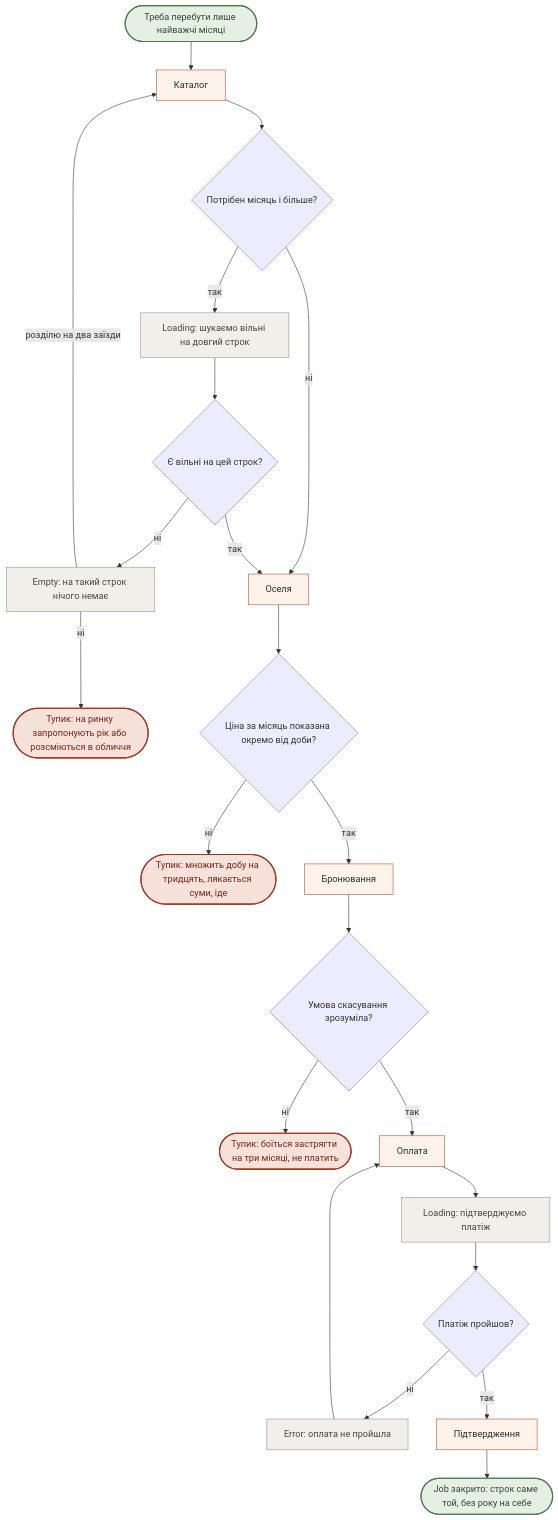
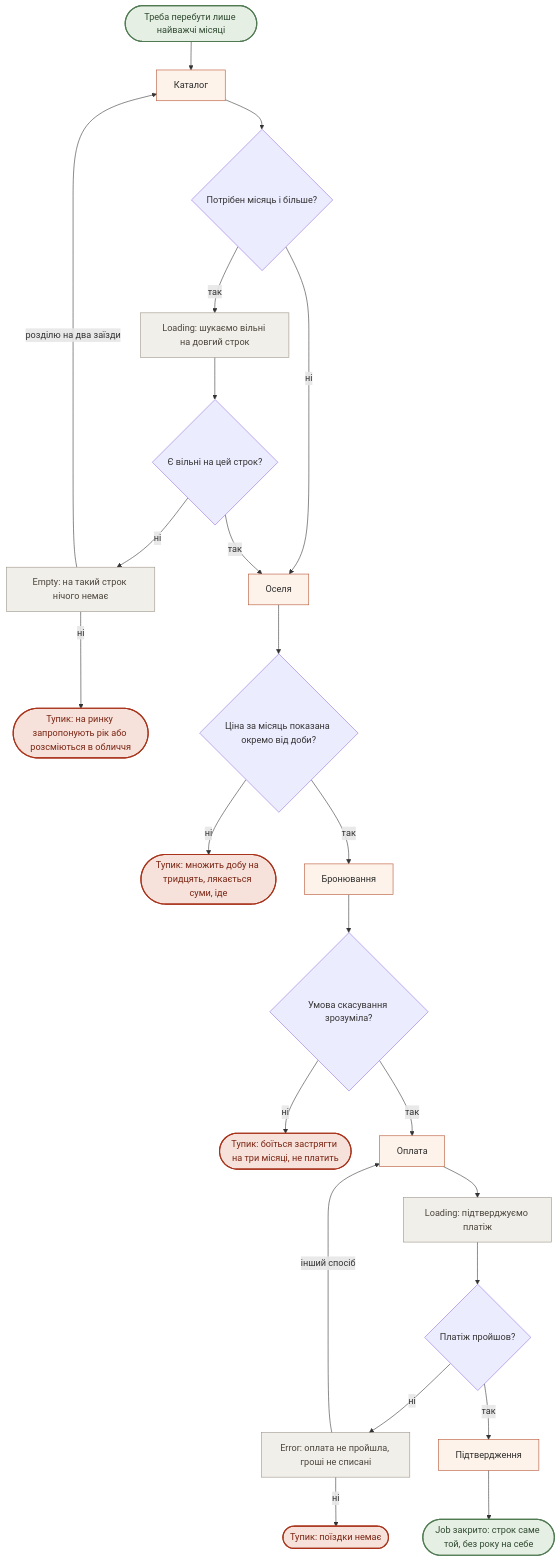
Before and after one commit to sofiya5395870-sys/khata-v-seli: the third of 5 diagrams in ia/flows.md, drawn with Mermaid. The commit also changed other lines of this file and 4 other files, not shown here.

````diff
--- a/ia/flows.md
+++ b/ia/flows.md
@@ -155,37 +170,38 @@
 ```mermaid
 flowchart TD
     Start([Треба перебути лише найважчі місяці]) --> Cat[Каталог]
     Cat --> Long{Потрібен місяць і більше?}
     Long -->|ні| House[Оселя]
     Long -->|так| Load["Loading: шукаємо вільні на довгий строк"]
 
     Load --> Has{Є вільні на цей строк?}
     Has -->|ні| Empty["Empty: на такий строк нічого немає"]
     Empty -->|розділю на два заїзди| Cat
     Empty -->|ні| DeadYear(["Тупик: на ринку запропонують рік або розсміються в обличчя"])
     Has -->|так| House
 
     House --> Month{Ціна за місяць показана окремо від доби?}
     Month -->|ні| DeadMath(["Тупик: множить добу на тридцять, лякається суми, іде"])
     Month -->|так| Book[Бронювання]
 
     Book --> Cancel{Умова скасування зрозуміла?}
     Cancel -->|ні| DeadStuck(["Тупик: боїться застрягти на три місяці, не платить"])
     Cancel -->|так| Pay[Оплата]
 
     Pay --> Wait["Loading: підтверджуємо платіж"]
     Wait --> Paid{Платіж пройшов?}
-    Paid -->|ні| Err["Error: оплата не пройшла"]
-    Err --> Pay
+    Paid -->|ні| Err["Error: оплата не пройшла, гроші не списані"]
+    Err -->|інший спосіб| Pay
+    Err -->|ні| DeadPay(["Тупик: поїздки немає"])
     Paid -->|так| Conf[Підтвердження]
     Conf --> Win(["Job закрито: строк саме той, без року на себе"])
 
     classDef screen fill:#fdf3ea,stroke:#b5502e,color:#2b2b2b
     classDef state fill:#f1efe9,stroke:#9a9287,color:#4a443c
     classDef dead fill:#f6e2db,stroke:#a8321a,stroke-width:2px,color:#7a2412
     classDef win fill:#e6efe4,stroke:#4f7a52,stroke-width:2px,color:#2f4a31
     class Cat,House,Book,Pay,Conf screen
     class Load,Empty,Wait,Err state
-    class DeadYear,DeadMath,DeadStuck dead
+    class DeadYear,DeadMath,DeadStuck,DeadPay dead
     class Win,Start win
 ```
````
